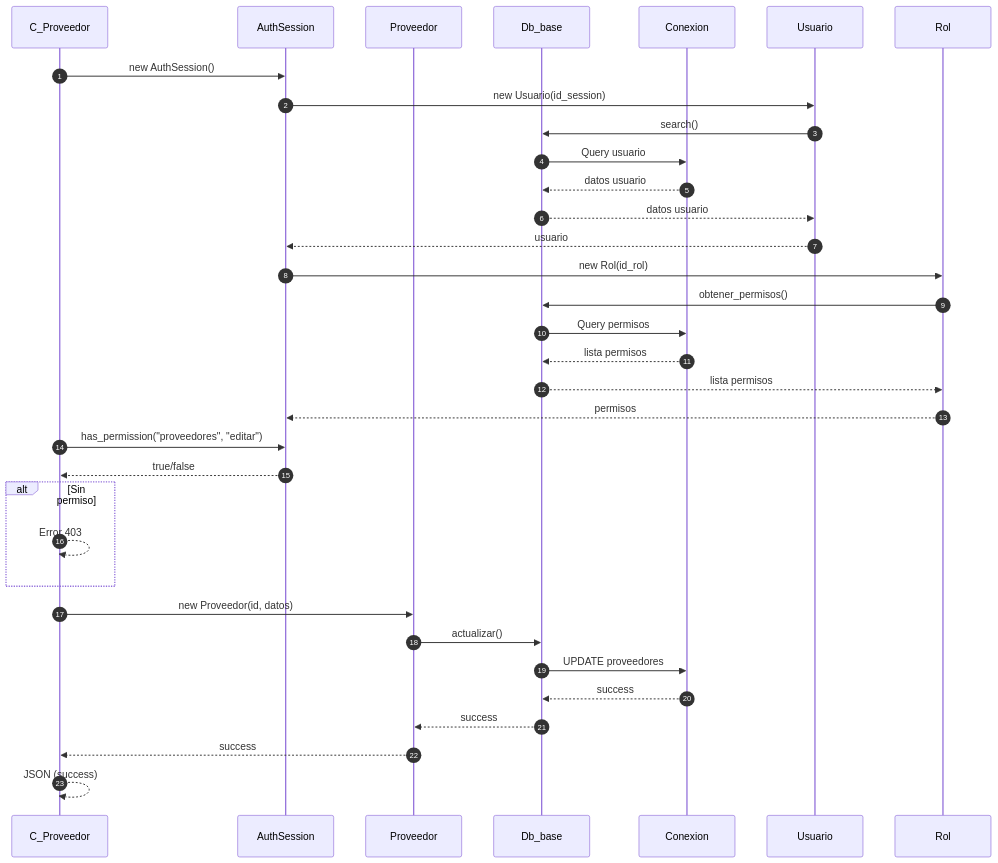
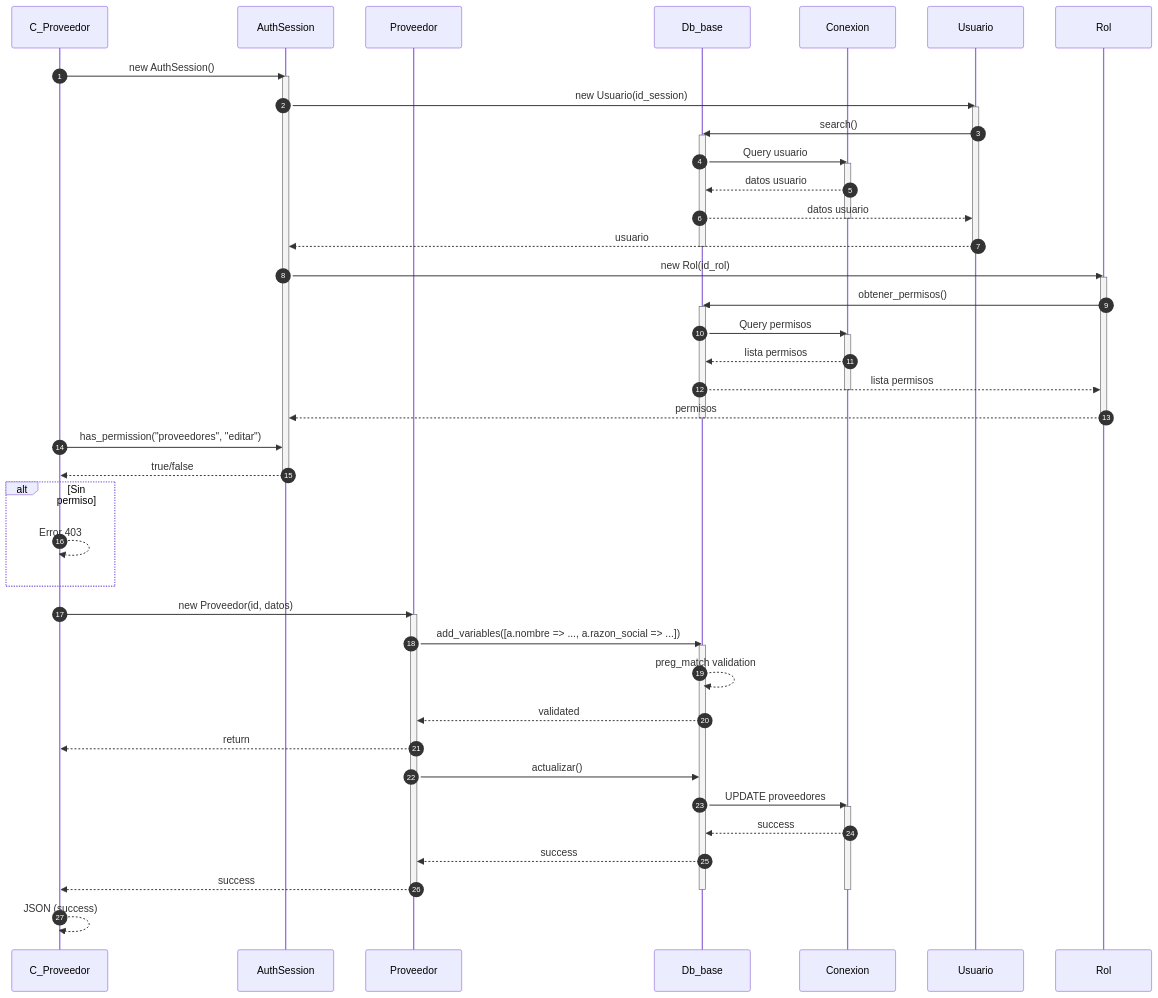
The third of 4 diagrams in docs/secuencia/proveedores/proveedores.md (Tecrato/BurgerHouse), drawn with Mermaid before and after one commit. The commit also changed other lines of this file and 16 other files, not shown here.

First line of the commit message:
Annotate mermaid sequences & throttle generator

````diff
--- a/docs/secuencia/proveedores/proveedores.md
+++ b/docs/secuencia/proveedores/proveedores.md
@@ -94,40 +138,64 @@
 ```mermaid
 sequenceDiagram
     autonumber
     participant C_Proveedor as C_Proveedor
     participant AuthSession as AuthSession
     participant Proveedor as Proveedor
     participant Db_base as Db_base
     participant Conexion as Conexion
     
     C_Proveedor->>AuthSession: new AuthSession()
+    activate AuthSession
     AuthSession->>Usuario: new Usuario(id_session)
+    activate Usuario
     Usuario->>Db_base: search()
+    activate Db_base
     Db_base->>Conexion: Query usuario
+    activate Conexion
     Conexion-->>Db_base: datos usuario
     Db_base-->>Usuario: datos usuario
+    deactivate Conexion
     Usuario-->>AuthSession: usuario
+    deactivate Usuario
+    deactivate Db_base
     
     AuthSession->>Rol: new Rol(id_rol)
+    activate Rol
     Rol->>Db_base: obtener_permisos()
+    activate Db_base
     Db_base->>Conexion: Query permisos
+    activate Conexion
     Conexion-->>Db_base: lista permisos
     Db_base-->>Rol: lista permisos
+    deactivate Conexion
     Rol-->>AuthSession: permisos
+    deactivate Rol
+    deactivate Db_base
     
     C_Proveedor->>AuthSession: has_permission("proveedores", "editar")
     AuthSession-->>C_Proveedor: true/false
+    deactivate AuthSession
     
     alt Sin permiso
         C_Proveedor-->>C_Proveedor: Error 403
     end
     
     C_Proveedor->>Proveedor: new Proveedor(id, datos)
+    activate Proveedor
+    Proveedor->>Db_base: add_variables([a.nombre => ..., a.razon_social => ...])
+    activate Db_base
+    Db_base-->>Db_base: preg_match validation
+    Db_base-->>Proveedor: validated
+    Proveedor-->>C_Proveedor: return
     Proveedor->>Db_base: actualizar()
     Db_base->>Conexion: UPDATE proveedores
+    activate Conexion
     Conexion-->>Db_base: success
     Db_base-->>Proveedor: success
     Proveedor-->>C_Proveedor: success
+    deactivate Proveedor
+    deactivate Conexion
+    deactivate Db_base
     
     C_Proveedor-->>C_Proveedor: JSON (success)
 ```
````
